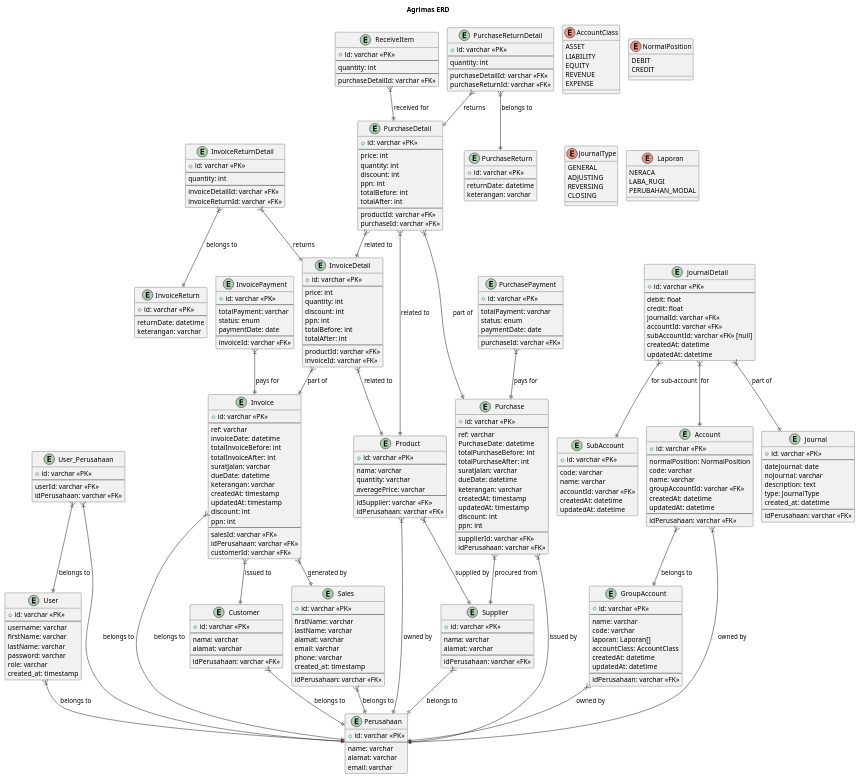
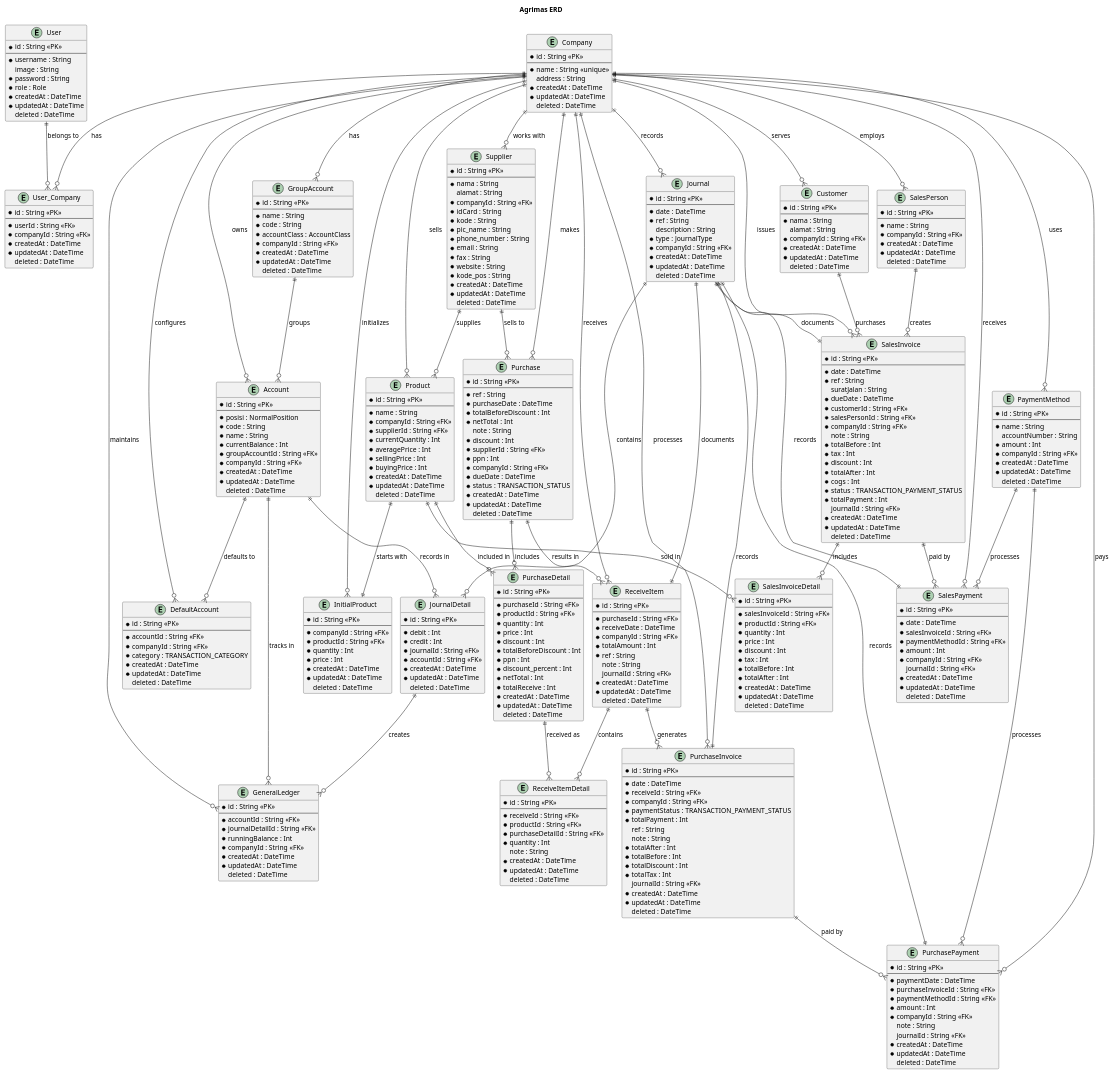
One commit to kelvinhandoko/agrimas-next changed the diagram in prisma/table.puml. Above: the diagram before and after it, drawn with PlantUML. The commit also changed 23 other files, not shown here.

Commit message:
feat: purchase return be

```diff
--- a/prisma/table.puml
+++ b/prisma/table.puml
@@ -7,319 +7,409 @@
 
 title Agrimas ERD
 
-entity User {
-  +id: varchar <<PK>>
+' Define entities
+entity Company {
+  * id : String <<PK>>
   --
-  username: varchar
-  firstName: varchar
-  lastName: varchar
-  password: varchar
-  role: varchar
-  created_at: timestamp
+  * name : String <<unique>>
+  address : String
+  * createdAt : DateTime
+  * updatedAt : DateTime
+  deleted : DateTime
 }
 
-entity User_Perusahaan {
-  +id: varchar <<PK>>
+entity User {
+  * id : String <<PK>>
   --
-  userId: varchar <<FK>>
-  idPerusahaan: varchar <<FK>>
+  * username : String
+  image : String
+  * password : String
+  * role : Role
+  * createdAt : DateTime
+  * updatedAt : DateTime
+  deleted : DateTime
 }
 
-entity Perusahaan {
-  +id: varchar <<PK>>
+entity User_Company {
+  * id : String <<PK>>
   --
-  name: varchar
-  alamat: varchar
-  email: varchar
+  * userId : String <<FK>>
+  * companyId : String <<FK>>
+  * createdAt : DateTime
+  * updatedAt : DateTime
+  deleted : DateTime
 }
 
-entity Sales {
-  +id: varchar <<PK>>
+entity GroupAccount {
+  * id : String <<PK>>
   --
-  firstName: varchar
-  lastName: varchar
-  alamat: varchar
-  email: varchar
-  phone: varchar
-  created_at: timestamp
+  * name : String
+  * code : String
+  * accountClass : AccountClass
+  * companyId : String <<FK>>
+  * createdAt : DateTime
+  * updatedAt : DateTime
+  deleted : DateTime
+}
+
+entity Account {
+  * id : String <<PK>>
   --
-  idPerusahaan: varchar <<FK>>
+  * posisi : NormalPosition
+  * code : String
+  * name : String
+  * currentBalance : Int
+  * groupAccountId : String <<FK>>
+  * companyId : String <<FK>>
+  * createdAt : DateTime
+  * updatedAt : DateTime
+  deleted : DateTime
+}
+
+
+
+entity Journal {
+  * id : String <<PK>>
+  --
+  * date : DateTime
+  * ref : String
+  description : String
+  * type : JournalType
+  * companyId : String <<FK>>
+  * createdAt : DateTime
+  * updatedAt : DateTime
+  deleted : DateTime
+}
+
+entity JournalDetail {
+  * id : String <<PK>>
+  --
+  * debit : Int
+  * credit : Int
+  * journalId : String <<FK>>
+  * accountId : String <<FK>>
+  * createdAt : DateTime
+  * updatedAt : DateTime
+  deleted : DateTime
+}
+
+entity Supplier {
+  * id : String <<PK>>
+  --
+  * nama : String
+  alamat : String
+  * companyId : String <<FK>>
+  * idCard : String
+  * kode : String
+  * pic_name : String
+  * phone_number : String
+  * email : String
+  * fax : String
+  * website : String
+  * kode_pos : String
+  * createdAt : DateTime
+  * updatedAt : DateTime
+  deleted : DateTime
+}
+
+entity Customer {
+  * id : String <<PK>>
+  --
+  * nama : String
+  alamat : String
+  * companyId : String <<FK>>
+  * createdAt : DateTime
+  * updatedAt : DateTime
+  deleted : DateTime
 }
 
 entity Product {
-  +id: varchar <<PK>>
+  * id : String <<PK>>
   --
-  nama: varchar
-  quantity: varchar
-  averagePrice: varchar
-  --
-  idSupplier: varchar <<FK>>
-  idPerusahaan: varchar <<FK>>
+  * name : String
+  * companyId : String <<FK>>
+  * supplierId : String <<FK>>
+  * currentQuantity : Int
+  * averagePrice : Int
+  * sellingPrice : Int
+  * buyingPrice : Int
+  * createdAt : DateTime
+  * updatedAt : DateTime
+  deleted : DateTime
 }
 
-entity Supplier {
-  +id: varchar <<PK>>
+entity InitialProduct {
+  * id : String <<PK>>
   --
-  nama: varchar
-  alamat: varchar
-  --
-  idPerusahaan: varchar <<FK>>
-}
-
-entity Invoice {
-  +id: varchar <<PK>>
-  --
-  ref: varchar
-  invoiceDate: datetime
-  totalInvoiceBefore: int
-  totalInvoiceAfter: int
-  suratJalan: varchar
-  dueDate: datetime
-  keterangan: varchar
-  createdAt: timestamp
-  updatedAt: timestamp
-  discount: int
-  ppn: int
-  --
-  salesId: varchar <<FK>>
-  idPerusahaan: varchar <<FK>>
-  customerId: varchar <<FK>>
-}
-
-entity InvoiceDetail {
-  +id: varchar <<PK>>
-  --
-  price: int
-  quantity: int
-  discount: int
-  ppn: int
-  totalBefore: int
-  totalAfter: int
-  --
-  productId: varchar <<FK>>
-  invoiceId: varchar <<FK>>
-}
-
-entity InvoicePayment {
-  +id: varchar <<PK>>
-  --
-  totalPayment: varchar
-  status: enum
-  paymentDate: date
-  --
-  invoiceId: varchar <<FK>>
-}
-
-entity InvoiceReturn {
-  +id: varchar <<PK>>
-  --
-  returnDate: datetime
-  keterangan: varchar
-}
-
-entity InvoiceReturnDetail {
-  +id: varchar <<PK>>
-  --
-  quantity: int
-  --
-  invoiceDetailId: varchar <<FK>>
-  invoiceReturnId: varchar <<FK>>
-}
-
-entity Customer {
-  +id: varchar <<PK>>
-  --
-  nama: varchar
-  alamat: varchar
-  --
-  idPerusahaan: varchar <<FK>>
+  * companyId : String <<FK>>
+  * productId : String <<FK>>
+  * quantity : Int
+  * price : Int
+  * createdAt : DateTime
+  * updatedAt : DateTime
+  deleted : DateTime
 }
 
 entity Purchase {
-  +id: varchar <<PK>>
+  * id : String <<PK>>
   --
-  ref: varchar
-  PurchaseDate: datetime
-  totalPurchaseBefore: int
-  totalPurchaseAfter: int
-  suratJalan: varchar
-  dueDate: datetime
-  keterangan: varchar
-  createdAt: timestamp
-  updatedAt: timestamp
-  discount: int
-  ppn: int
-  --
-  supplierId: varchar <<FK>>
-  idPerusahaan: varchar <<FK>>
+  * ref : String
+  * purchaseDate : DateTime
+  * totalBeforeDiscount : Int
+  * netTotal : Int
+  note : String
+  * discount : Int
+  * supplierId : String <<FK>>
+  * ppn : Int
+  * companyId : String <<FK>>
+  * dueDate : DateTime
+  * status : TRANSACTION_STATUS
+  * createdAt : DateTime
+  * updatedAt : DateTime
+  deleted : DateTime
 }
 
 entity PurchaseDetail {
-  +id: varchar <<PK>>
+  * id : String <<PK>>
   --
-  price: int
-  quantity: int
-  discount: int
-  ppn: int
-  totalBefore: int
-  totalAfter: int
+  * purchaseId : String <<FK>>
+  * productId : String <<FK>>
+  * quantity : Int
+  * price : Int
+  * discount : Int
+  * totalBeforeDiscount : Int
+  * ppn : Int
+  * discount_percent : Int
+  * netTotal : Int
+  * totalReceive : Int
+  * createdAt : DateTime
+  * updatedAt : DateTime
+  deleted : DateTime
+}
+
+entity ReceiveItem {
+  * id : String <<PK>>
   --
-  productId: varchar <<FK>>
-  purchaseId: varchar <<FK>>
+  * purchaseId : String <<FK>>
+  * receiveDate : DateTime
+  * companyId : String <<FK>>
+  * totalAmount : Int
+  * ref : String
+  note : String
+  journalId : String <<FK>>
+  * createdAt : DateTime
+  * updatedAt : DateTime
+  deleted : DateTime
+}
+
+entity ReceiveItemDetail {
+  * id : String <<PK>>
+  --
+  * receiveId : String <<FK>>
+  * productId : String <<FK>>
+  * purchaseDetailId : String <<FK>>
+  * quantity : Int
+  note : String
+  * createdAt : DateTime
+  * updatedAt : DateTime
+  deleted : DateTime
+}
+
+entity PurchaseInvoice {
+  * id : String <<PK>>
+  --
+  * date : DateTime
+  * receiveId : String <<FK>>
+  * companyId : String <<FK>>
+  * paymentStatus : TRANSACTION_PAYMENT_STATUS
+  * totalPayment : Int
+  ref : String
+  note : String
+  * totalAfter : Int
+  * totalBefore : Int
+  * totalDiscount : Int
+  * totalTax : Int
+  journalId : String <<FK>>
+  * createdAt : DateTime
+  * updatedAt : DateTime
+  deleted : DateTime
 }
 
 entity PurchasePayment {
-  +id: varchar <<PK>>
+  * id : String <<PK>>
   --
-  totalPayment: varchar
-  status: enum
-  paymentDate: date
-  --
-  purchaseId: varchar <<FK>>
+  * paymentDate : DateTime
+  * purchaseInvoiceId : String <<FK>>
+  * paymentMethodId : String <<FK>>
+  * amount : Int
+  * companyId : String <<FK>>
+  note : String
+  journalId : String <<FK>>
+  * createdAt : DateTime
+  * updatedAt : DateTime
+  deleted : DateTime
 }
 
-entity ReceiveItem {
-  +id: varchar <<PK>>
+entity PaymentMethod {
+  * id : String <<PK>>
   --
-  quantity: int
-  --
-  purchaseDetailId: varchar <<FK>>
+  * name : String
+  accountNumber : String
+  * amount : Int
+  * companyId : String <<FK>>
+  * createdAt : DateTime
+  * updatedAt : DateTime
+  deleted : DateTime
 }
 
-entity PurchaseReturn {
-  +id: varchar <<PK>>
+entity SalesInvoice {
+  * id : String <<PK>>
   --
-  returnDate: datetime
-  keterangan: varchar
+  * date : DateTime
+  * ref : String
+  suratJalan : String
+  * dueDate : DateTime
+  * customerId : String <<FK>>
+  * salesPersonId : String <<FK>>
+  * companyId : String <<FK>>
+  note : String
+  * totalBefore : Int
+  * tax : Int
+  * discount : Int
+  * totalAfter : Int
+  * cogs : Int
+  * status : TRANSACTION_PAYMENT_STATUS
+  * totalPayment : Int
+  journalId : String <<FK>>
+  * createdAt : DateTime
+  * updatedAt : DateTime
+  deleted : DateTime
 }
 
-entity PurchaseReturnDetail {
-  +id: varchar <<PK>>
+entity SalesInvoiceDetail {
+  * id : String <<PK>>
   --
-  quantity: int
-  --
-  purchaseDetailId: varchar <<FK>>
-  purchaseReturnId: varchar <<FK>>
+  * salesInvoiceId : String <<FK>>
+  * productId : String <<FK>>
+  * quantity : Int
+  * price : Int
+  * discount : Int
+  * tax : Int
+  * totalBefore : Int
+  * totalAfter : Int
+  * createdAt : DateTime
+  * updatedAt : DateTime
+  deleted : DateTime
 }
 
-entity Journal {
-  +id: varchar <<PK>>
+entity SalesPerson {
+  * id : String <<PK>>
   --
-  dateJournal: date
-  noJournal: varchar
-  description: text
-  type: JournalType
-  created_at: datetime
-  --
-  idPerusahaan: varchar <<FK>>
+  * name : String
+  * companyId : String <<FK>>
+  * createdAt : DateTime
+  * updatedAt : DateTime
+  deleted : DateTime
 }
 
-entity JournalDetail {
-  +id: varchar <<PK>>
+entity SalesPayment {
+  * id : String <<PK>>
   --
-  debit: float
-  credit: float
-  journalId: varchar <<FK>>
-  accountId: varchar <<FK>>
-  subAccountId: varchar <<FK>> [null]
-  createdAt: datetime      
-  updatedAt: datetime    
+  * date : DateTime
+  * salesInvoiceId : String <<FK>>
+  * paymentMethodId : String <<FK>>
+  * amount : Int
+  * companyId : String <<FK>>
+  journalId : String <<FK>>
+  * createdAt : DateTime
+  * updatedAt : DateTime
+  deleted : DateTime
 }
 
-entity GroupAccount {
-  +id: varchar <<PK>>
+entity DefaultAccount {
+  * id : String <<PK>>
   --
-  name: varchar
-  code: varchar
-  laporan: Laporan[]
-  accountClass: AccountClass
-  createdAt: datetime      
-  updatedAt: datetime      
-  --
-  idPerusahaan: varchar <<FK>>
+  * accountId : String <<FK>>
+  * companyId : String <<FK>>
+  * category : TRANSACTION_CATEGORY
+  * createdAt : DateTime
+  * updatedAt : DateTime
+  deleted : DateTime
 }
 
-entity Account {
-  +id: varchar <<PK>>
+entity GeneralLedger {
+  * id : String <<PK>>
   --
-  normalPosition: NormalPosition
-  code: varchar
-  name: varchar
-  groupAccountId: varchar <<FK>>
-  createdAt: datetime      
-  updatedAt: datetime  
-  --
-  idPerusahaan: varchar <<FK>>    
+  * accountId : String <<FK>>
+  * journalDetailId : String <<FK>>
+  * runningBalance : Int
+  * companyId : String <<FK>>
+  * createdAt : DateTime
+  * updatedAt : DateTime
+  deleted : DateTime
 }
 
-entity SubAccount {
-  +id: varchar <<PK>>
-  --
-  code: varchar
-  name: varchar
-  accountId: varchar <<FK>>
-  createdAt: datetime      
-  updatedAt: datetime
-}
+' Define relationships with verbs
+Company ||--o{ User_Company : "has"
+User ||--o{ User_Company : "belongs to"
 
-enum AccountClass {
-  ASSET
-  LIABILITY
-  EQUITY
-  REVENUE
-  EXPENSE
-}
+Company ||--o{ GroupAccount : "has"
+Company ||--o{ Account : "owns"
+Company ||--o{ Journal : "records"
+Company ||--o{ Supplier : "works with"
+Company ||--o{ Customer : "serves"
+Company ||--o{ Product : "sells"
+Company ||--o{ InitialProduct : "initializes"
+Company ||--o{ Purchase : "makes"
+Company ||--o{ ReceiveItem : "receives"
+Company ||--o{ PurchaseInvoice : "processes"
+Company ||--o{ PurchasePayment : "pays"
+Company ||--o{ PaymentMethod : "uses"
+Company ||--o{ SalesInvoice : "issues"
+Company ||--o{ SalesPerson : "employs"
+Company ||--o{ SalesPayment : "receives"
+Company ||--o{ DefaultAccount : "configures"
+Company ||--o{ GeneralLedger : "maintains"
 
-enum NormalPosition {
-  DEBIT
-  CREDIT
-}
+GroupAccount ||--o{ Account : "groups"
+Account ||--o{ JournalDetail : "records in"
+Account ||--o{ DefaultAccount : "defaults to"
+Account ||--o{ GeneralLedger : "tracks in"
 
-enum JournalType {
-  GENERAL
-  ADJUSTING
-  REVERSING
-  CLOSING
-}
+Journal ||--o{ JournalDetail : "contains"
+Journal ||--|| ReceiveItem : "documents"
+Journal ||--|| PurchaseInvoice : "records"
+Journal ||--|| SalesInvoice : "documents"
+Journal ||--|| SalesPayment : "records"
+Journal ||--|| PurchasePayment : "records"
 
-enum Laporan {
-  NERACA
-  LABA_RUGI
-  PERUBAHAN_MODAL
-}
+JournalDetail ||--o{ GeneralLedger : "creates"
 
-User }|--|| Perusahaan : "belongs to"
-User_Perusahaan }|--|| User : "belongs to"
-User_Perusahaan }|--|| Perusahaan : "belongs to"
-Sales }|--|| Perusahaan : "belongs to"
-Customer }|--|| Perusahaan : "belongs to"
-Supplier }|--|| Perusahaan : "belongs to"
-Invoice }|--|| Perusahaan : "belongs to"
-Invoice }|--|| Sales : "generated by"
-Invoice }|--|| Customer : "issued to"
-InvoiceDetail }|--|| Invoice : "part of"
-InvoiceDetail }|--|| Product : "related to"
-Product }|--|| Supplier : "supplied by"
-Product }|--|| Perusahaan : "owned by"
-Purchase }|--|| Supplier : "procured from"
-Purchase }|--|| Perusahaan : "issued by"
-PurchaseDetail }|--||Product : "related to"
-PurchasePayment }|--|| Purchase : "pays for"
-PurchaseDetail }|--|| Purchase : "part of"
-InvoicePayment }|--|| Invoice : "pays for"
-InvoiceReturnDetail }|--|| InvoiceReturn : "belongs to"
-InvoiceReturnDetail }|--|| InvoiceDetail : "returns"
-ReceiveItem }|--|| PurchaseDetail : "received for"
-PurchaseReturnDetail }|--|| PurchaseReturn : "belongs to"
-PurchaseReturnDetail }|--|| PurchaseDetail : "returns"
-PurchaseDetail }|--|| InvoiceDetail : "related to"
+Supplier ||--o{ Product : "supplies"
+Supplier ||--o{ Purchase : "sells to"
 
-JournalDetail }|--|| Journal : "part of"
-JournalDetail }|--|| Account : "for"
-JournalDetail }|--|| SubAccount : "for sub-account"
-Account }|--|| GroupAccount : "belongs to"
+Customer ||--o{ SalesInvoice : "purchases"
 
-GroupAccount }|--|| Perusahaan : "owned by"
-Account }|--|| Perusahaan : "owned by"
+Product ||--|| InitialProduct : "starts with"
+Product ||--o{ PurchaseDetail : "included in"
+Product ||--o{ SalesInvoiceDetail : "sold in"
+
+Purchase ||--o{ PurchaseDetail : "includes"
+Purchase ||--o{ ReceiveItem : "results in"
+
+PurchaseDetail ||--o{ ReceiveItemDetail : "received as"
+
+ReceiveItem ||--o{ ReceiveItemDetail : "contains"
+ReceiveItem ||--o{ PurchaseInvoice : "generates"
+
+PurchaseInvoice ||--o{ PurchasePayment : "paid by"
+
+PaymentMethod ||--o{ PurchasePayment : "processes"
+PaymentMethod ||--o{ SalesPayment : "processes"
+
+SalesPerson ||--o{ SalesInvoice : "creates"
+
+SalesInvoice ||--o{ SalesInvoiceDetail : "includes"
+SalesInvoice ||--o{ SalesPayment : "paid by"
 
 @enduml
```
